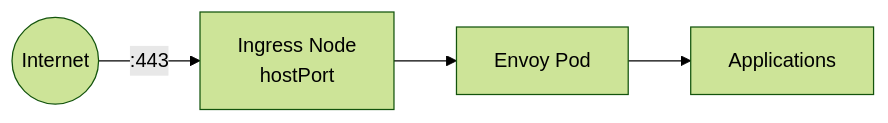
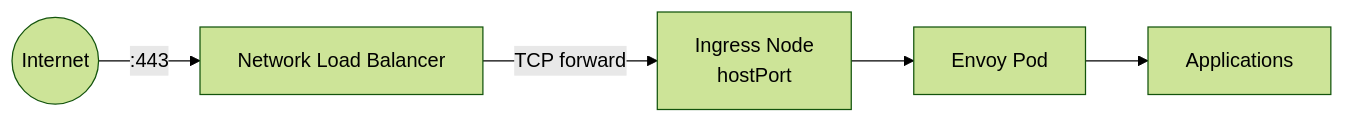
Before and after one commit to nsudhanva/k8s-oracle: the fourth of 5 diagrams in docs/src/content/docs/architecture/always-free.md, drawn with Mermaid (forest theme). The commit also changed other lines of this file and 1 other file, not shown here.

First line of the commit message:
Update docs to reflect OCI Network Load Balancer

````diff
--- a/docs/src/content/docs/architecture/always-free.md
+++ b/docs/src/content/docs/architecture/always-free.md
@@ -97,6 +95,7 @@
 ```mermaid
 flowchart LR
-    Internet((Internet)) -->|:443| Ingress[Ingress Node<br/>hostPort]
+    Internet((Internet)) -->|:443| NLB[Network Load Balancer]
+    NLB -->|TCP forward| Ingress[Ingress Node<br/>hostPort]
     Ingress --> Envoy[Envoy Pod]
     Envoy --> Apps[Applications]
 ```
````
